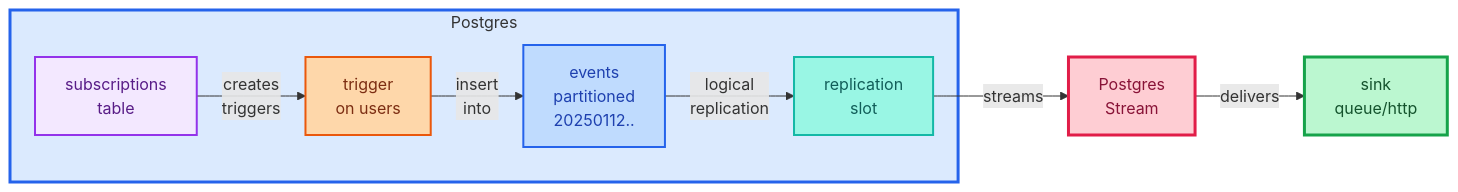
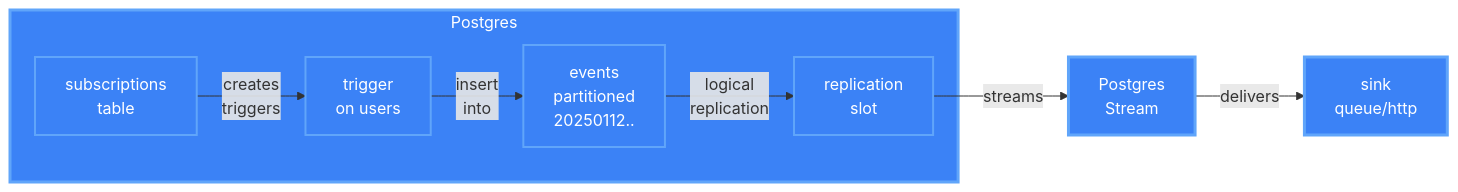
Before and after one commit to psteinroe/postgres-stream: the diagram in docs/concepts/how-it-works.md, drawn with Mermaid. The commit also changed other lines of this file and 2 other files, not shown here.

Commit message:
progress

````diff
--- a/docs/concepts/how-it-works.md
+++ b/docs/concepts/how-it-works.md
@@ -14,18 +14,18 @@
 ```mermaid
 flowchart LR
     subgraph Postgres
         A[subscriptions<br/>table] -->|creates<br/>triggers| B[trigger<br/>on users]
         B -->|insert<br/>into| C[events<br/>partitioned<br/>20250112..]
         C -->|logical<br/>replication| D[replication<br/>slot]
     end
     D -->|streams| E[Postgres<br/>Stream]
     E -->|delivers| F[sink<br/>queue/http]
 
-    style Postgres fill:#dbeafe,stroke:#2563eb,stroke-width:3px
-    style A fill:#f3e8ff,stroke:#9333ea,stroke-width:2px,color:#581c87
-    style B fill:#fed7aa,stroke:#ea580c,stroke-width:2px,color:#7c2d12
-    style C fill:#bfdbfe,stroke:#2563eb,stroke-width:2px,color:#1e40af
-    style D fill:#99f6e4,stroke:#14b8a6,stroke-width:2px,color:#115e59
-    style E fill:#fecdd3,stroke:#e11d48,stroke-width:3px,color:#881337
-    style F fill:#bbf7d0,stroke:#16a34a,stroke-width:3px,color:#14532d
+    style Postgres fill:#3b82f6,stroke:#60a5fa,stroke-width:3px,color:#fff
+    style A fill:#3b82f6,stroke:#60a5fa,stroke-width:2px,color:#fff
+    style B fill:#3b82f6,stroke:#60a5fa,stroke-width:2px,color:#fff
+    style C fill:#3b82f6,stroke:#60a5fa,stroke-width:2px,color:#fff
+    style D fill:#3b82f6,stroke:#60a5fa,stroke-width:2px,color:#fff
+    style E fill:#3b82f6,stroke:#60a5fa,stroke-width:3px,color:#fff
+    style F fill:#3b82f6,stroke:#60a5fa,stroke-width:3px,color:#fff
 ```
````
